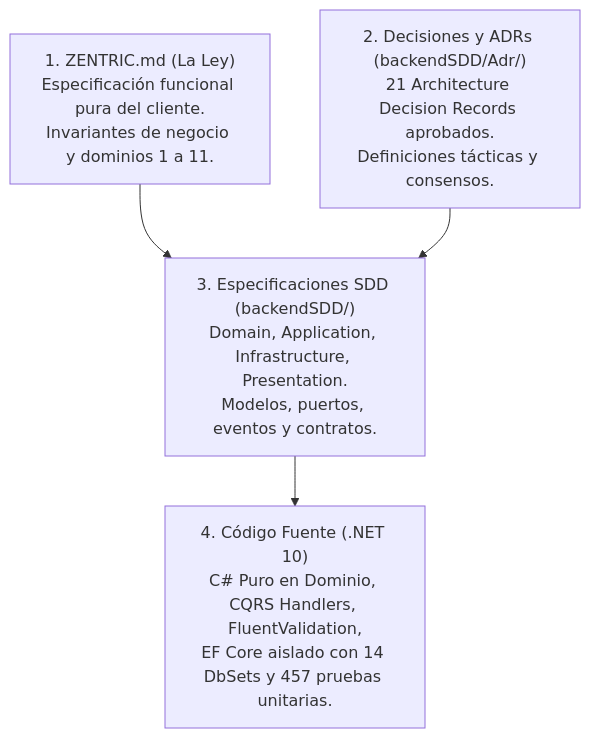
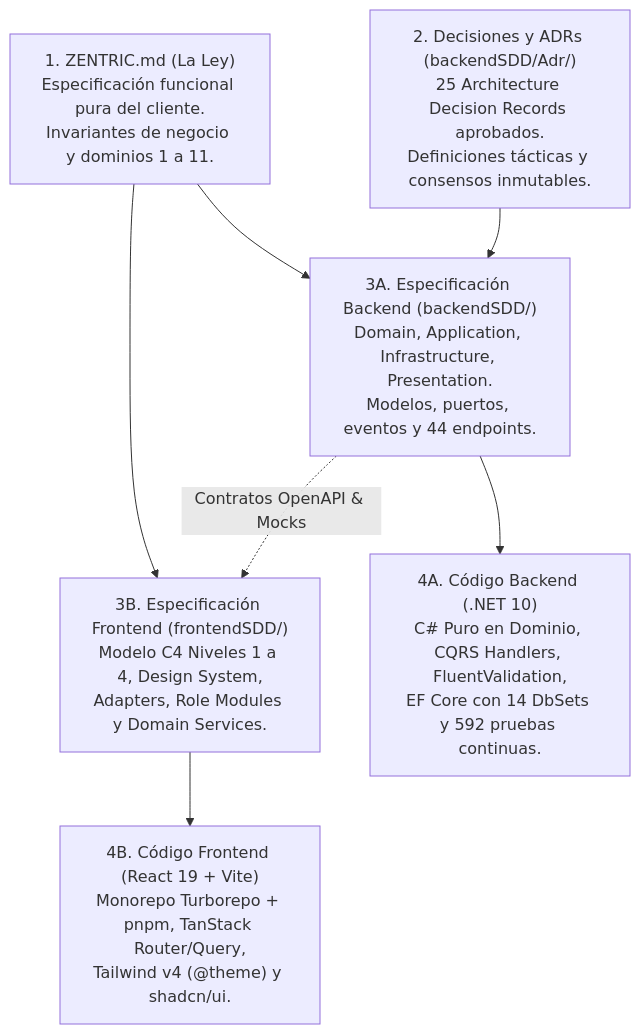
The first of 3 diagrams in README.md (D-MachadoDev/Zentric), drawn with Mermaid before and after one commit. The commit also changed other lines of this file and 1 other file, not shown here.

````diff
--- a/README.md
+++ b/README.md
@@ -75,11 +78,16 @@
 ```mermaid
 flowchart TD
     B1["1. ZENTRIC.md (La Ley)<br/>Especificación funcional pura del cliente.<br/>Invariantes de negocio y dominios 1 a 11."]
-    B2["2. Decisiones y ADRs (backendSDD/Adr/)<br/>21 Architecture Decision Records aprobados.<br/>Definiciones tácticas y consensos."]
-    SSOT["3. Especificaciones SDD (backendSDD/)<br/>Domain, Application, Infrastructure, Presentation.<br/>Modelos, puertos, eventos y contratos."]
-    CODE["4. Código Fuente (.NET 10)<br/>C# Puro en Dominio, CQRS Handlers, FluentValidation,<br/>EF Core aislado con 14 DbSets y 457 pruebas unitarias."]
+    B2["2. Decisiones y ADRs (backendSDD/Adr/)<br/>25 Architecture Decision Records aprobados.<br/>Definiciones tácticas y consensos inmutables."]
+    SSOT_B["3A. Especificación Backend (backendSDD/)<br/>Domain, Application, Infrastructure, Presentation.<br/>Modelos, puertos, eventos y 44 endpoints."]
+    SSOT_F["3B. Especificación Frontend (frontendSDD/)<br/>Modelo C4 Niveles 1 a 4, Design System,<br/>Adapters, Role Modules y Domain Services."]
+    CODE_B["4A. Código Backend (.NET 10)<br/>C# Puro en Dominio, CQRS Handlers, FluentValidation,<br/>EF Core con 14 DbSets y 592 pruebas continuas."]
+    CODE_F["4B. Código Frontend (React 19 + Vite)<br/>Monorepo Turborepo + pnpm, TanStack Router/Query,<br/>Tailwind v4 (@theme) y shadcn/ui."]
 
-    B1 --> SSOT
-    B2 --> SSOT
-    SSOT --> CODE
+    B1 --> SSOT_B
+    B1 --> SSOT_F
+    B2 --> SSOT_B
+    SSOT_B --> CODE_B
+    SSOT_F --> CODE_F
+    SSOT_B -.->|Contratos OpenAPI & Mocks| SSOT_F
 ```
````
